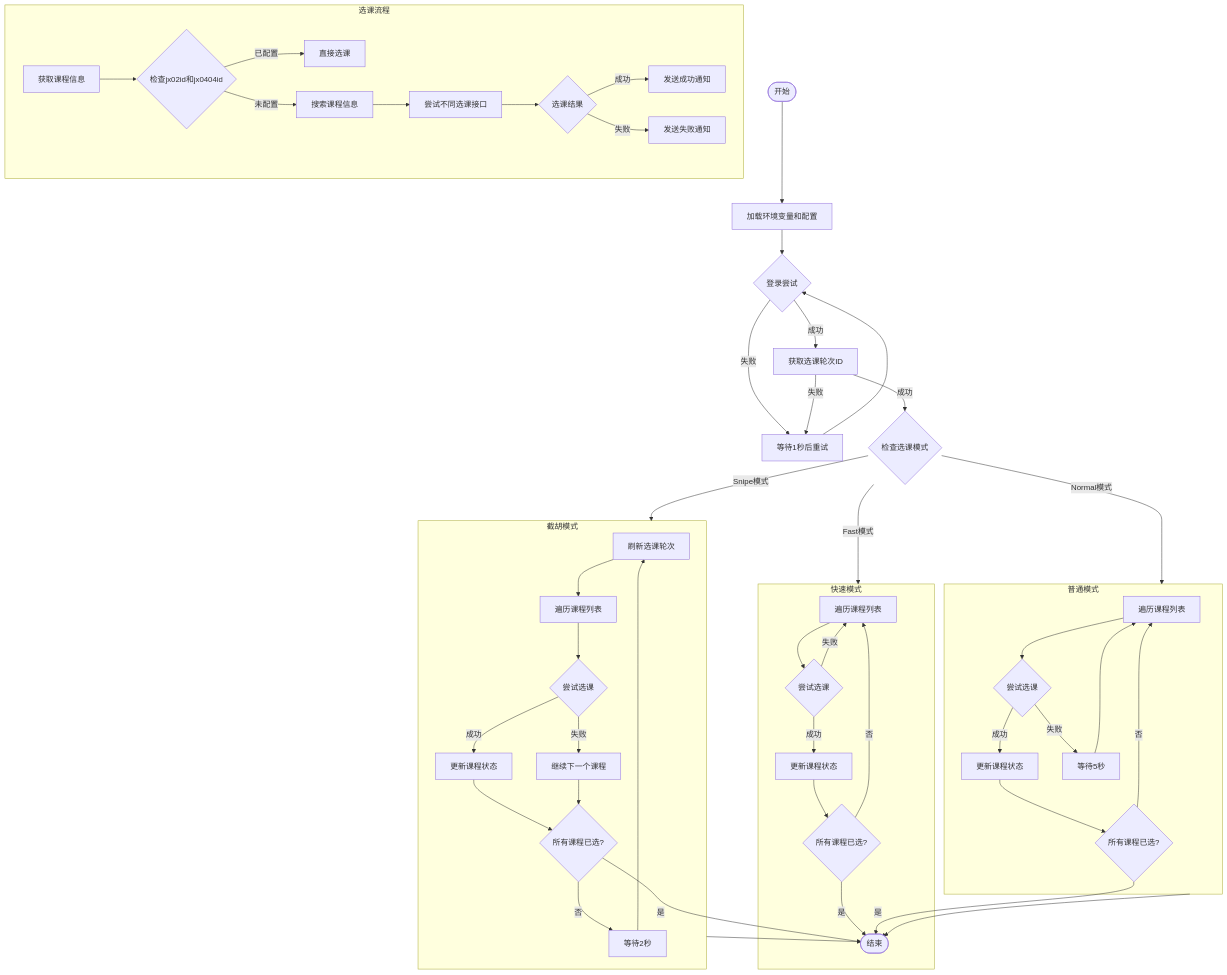
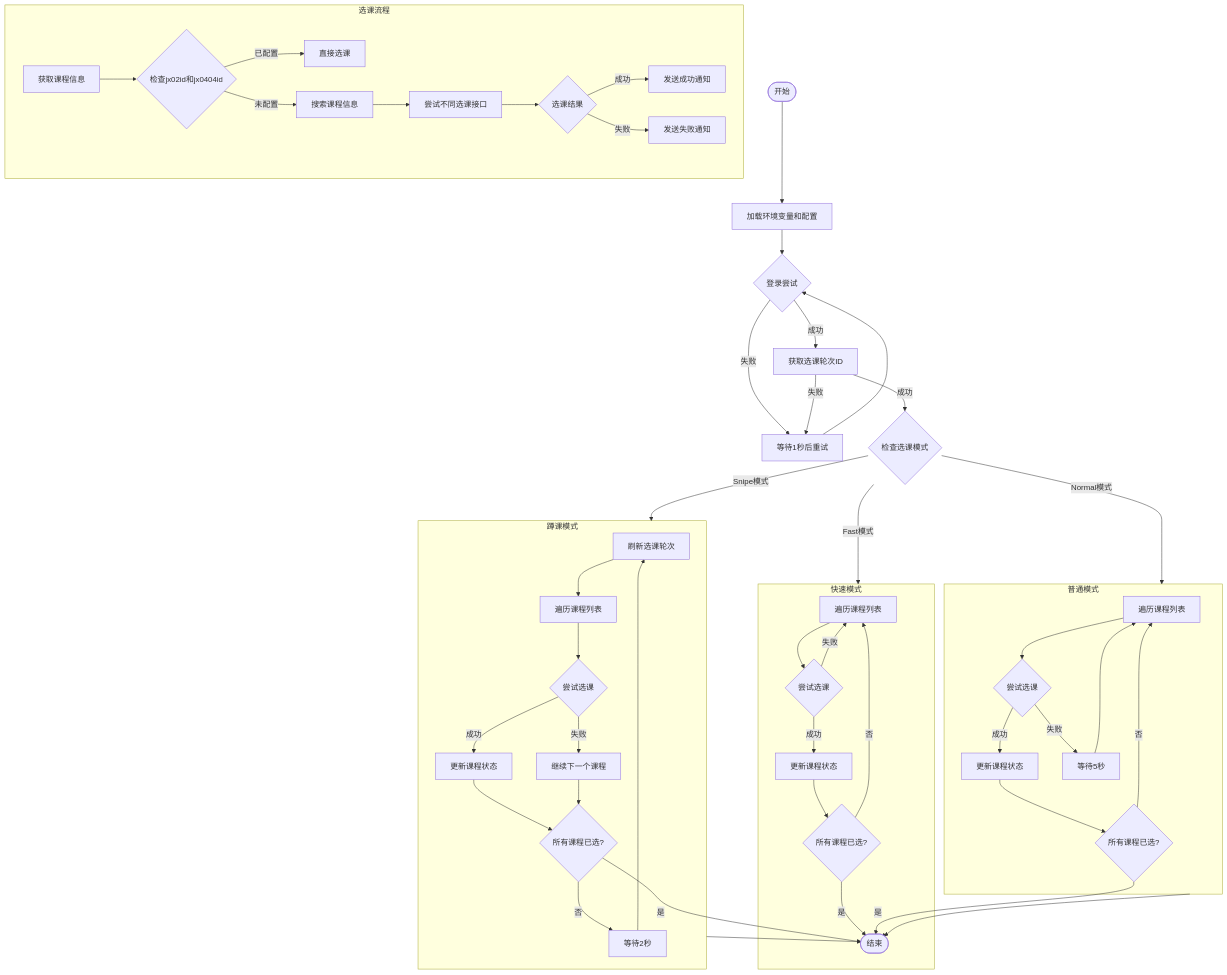
Before and after one commit to W1ndys/QFNUCourseSelector: the diagram in README.md, drawn with Mermaid. The commit also changed other lines of this file and 1 other file, not shown here.

````diff
--- a/README.md
+++ b/README.md
@@ -184,60 +184,60 @@
 ```mermaid
 flowchart TB
     Start([开始]) --> LoadEnv[加载环境变量和配置]
     LoadEnv --> Login{登录尝试}
 
     Login -->|失败| RetryLogin[等待1秒后重试]
     RetryLogin --> Login
 
     Login -->|成功| GetSemester[获取选课轮次ID]
     GetSemester -->|失败| RetryLogin
 
     GetSemester -->|成功| CheckMode{检查选课模式}
 
     CheckMode -->|Fast模式| FastMode[快速选课]
     CheckMode -->|Normal模式| NormalMode[普通选课]
-    CheckMode -->|Snipe模式| SnipeMode[截胡模式]
+    CheckMode -->|Snipe模式| SnipeMode[蹲课模式]
 
     subgraph FastMode[快速模式]
         F1[遍历课程列表] --> F2{尝试选课}
         F2 -->|成功| F3[更新课程状态]
         F2 -->|失败| F1
         F3 --> F4{所有课程已选?}
         F4 -->|是| Exit
         F4 -->|否| F1
     end
 
     subgraph NormalMode[普通模式]
         N1[遍历课程列表] --> N2{尝试选课}
         N2 -->|成功| N3[更新课程状态]
         N2 -->|失败| N4[等待5秒]
         N3 --> N5{所有课程已选?}
         N4 --> N1
         N5 -->|是| Exit
         N5 -->|否| N1
     end
 
-    subgraph SnipeMode[截胡模式]
+    subgraph SnipeMode[蹲课模式]
         S1[刷新选课轮次] --> S2[遍历课程列表]
         S2 --> S3{尝试选课}
         S3 -->|成功| S4[更新课程状态]
         S3 -->|失败| S5[继续下一个课程]
         S4 --> S6{所有课程已选?}
         S5 --> S6
         S6 -->|是| Exit
         S6 -->|否| S7[等待2秒]
         S7 --> S1
     end
 
     FastMode & NormalMode & SnipeMode --> Exit([结束])
 
     subgraph CourseSelection[选课流程]
         CS1[获取课程信息] --> CS2{检查jx02id和jx0404id}
         CS2 -->|已配置| CS3[直接选课]
         CS2 -->|未配置| CS4[搜索课程信息]
         CS4 --> CS5[尝试不同选课接口]
         CS5 --> CS6{选课结果}
         CS6 -->|成功| CS7[发送成功通知]
         CS6 -->|失败| CS8[发送失败通知]
     end
 ```
````
